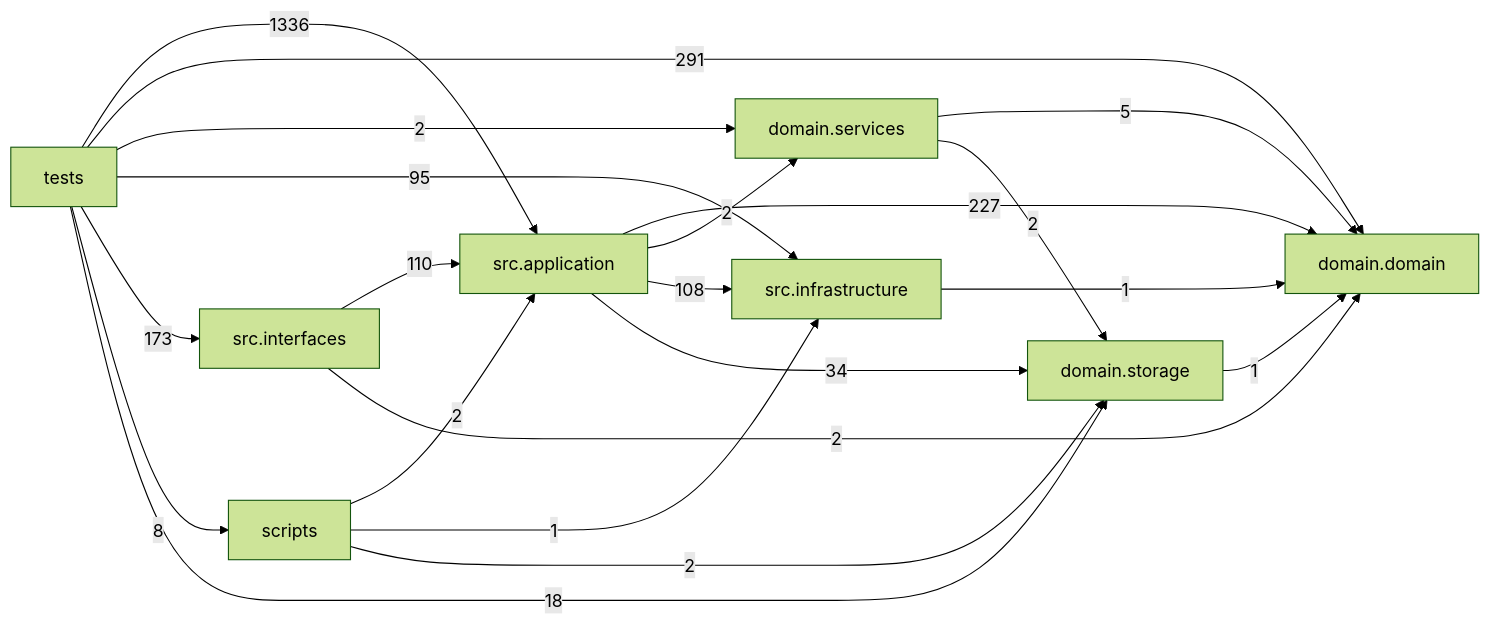
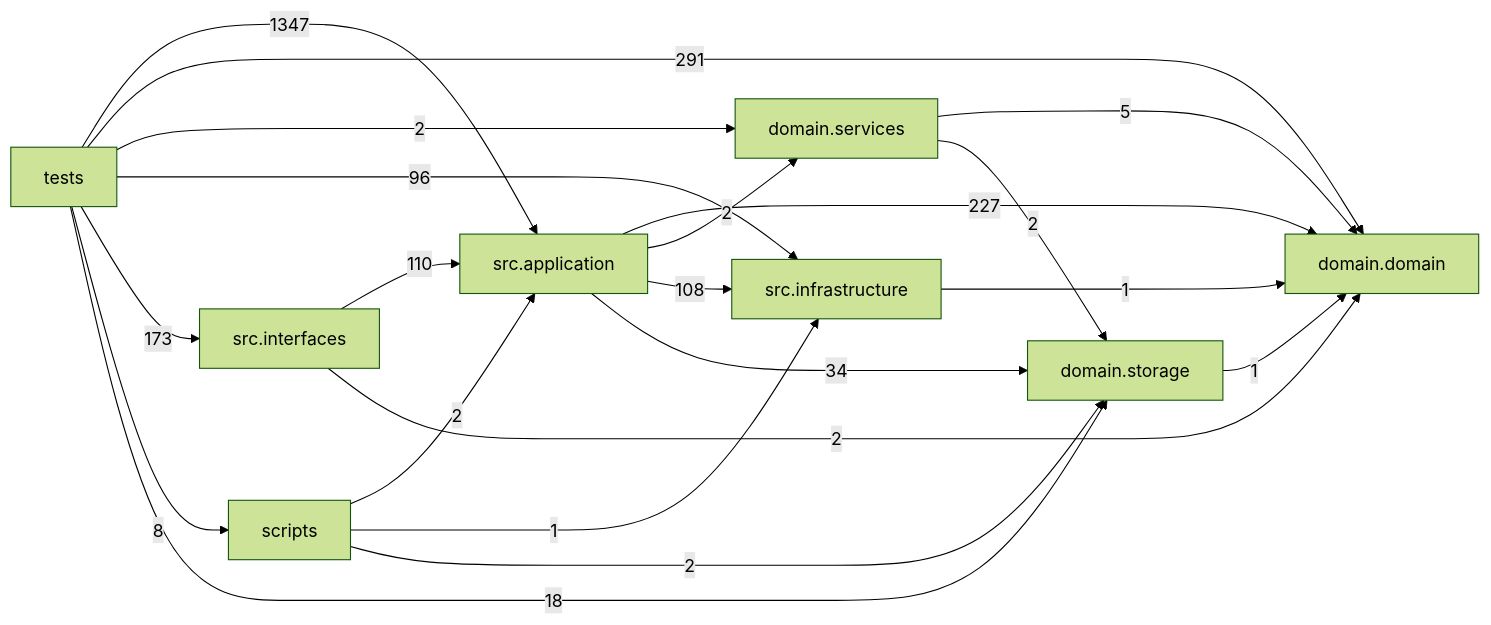
One commit to liuxie066/options-monitor changed the diagram in docs/DEPENDENCY_GRAPH.md. Above: the diagram before and after it, drawn with Mermaid (forest theme). The commit also changed other lines of this file and 2 other files, not shown here.

````diff
--- a/docs/DEPENDENCY_GRAPH.md
+++ b/docs/DEPENDENCY_GRAPH.md
@@ -24,31 +24,31 @@
 ```mermaid
 flowchart LR
   tests["tests"]
   scripts["scripts"]
   interfaces["src.interfaces"]
   application["src.application"]
   infrastructure["src.infrastructure"]
   domain_services["domain.services"]
   domain["domain.domain"]
   storage["domain.storage"]
   application -->|227| domain
   application -->|2| domain_services
   application -->|108| infrastructure
   application -->|34| storage
   domain_services -->|5| domain
   domain_services -->|2| storage
   infrastructure -->|1| domain
   interfaces -->|110| application
   interfaces -->|2| domain
   scripts -->|2| application
   scripts -->|1| infrastructure
   scripts -->|2| storage
   storage -->|1| domain
-  tests -->|1336| application
+  tests -->|1347| application
   tests -->|291| domain
   tests -->|2| domain_services
-  tests -->|95| infrastructure
+  tests -->|96| infrastructure
   tests -->|173| interfaces
   tests -->|8| scripts
   tests -->|18| storage
 ```
````
